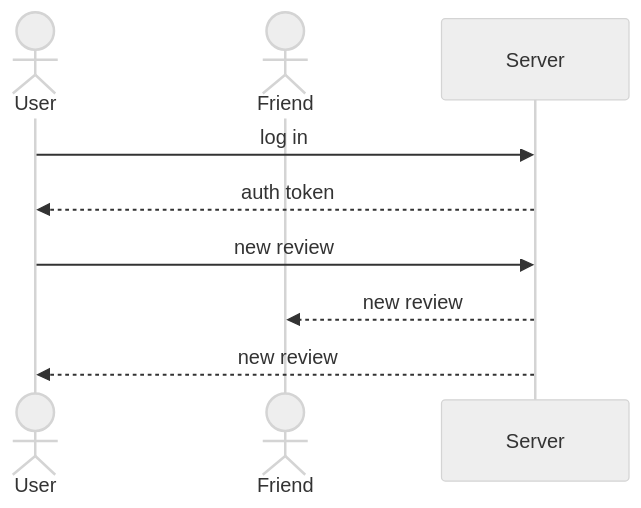
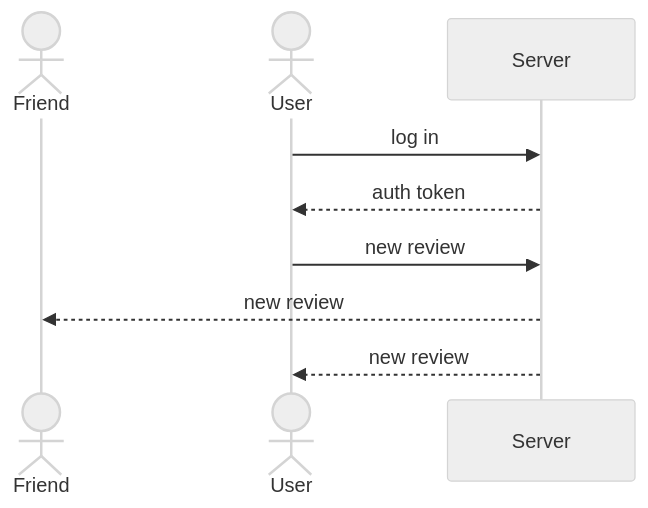
The diagram in README.md (rolfslau/startup), drawn with Mermaid (neutral theme) before and after one commit. The commit also changed other lines of this file, not shown here.

Commit message:
switched order of friend and user in mermaid diagram

````diff
--- a/README.md
+++ b/README.md
@@ -41,10 +41,10 @@
 ```mermaid
 sequenceDiagram
+    actor Friend
     actor User
-    actor Friend
     User->>Server: log in
     Server -->>User: auth token
     User->>Server: new review
     Server -->>Friend: new review
     Server -->>User: new review
 ```
````
